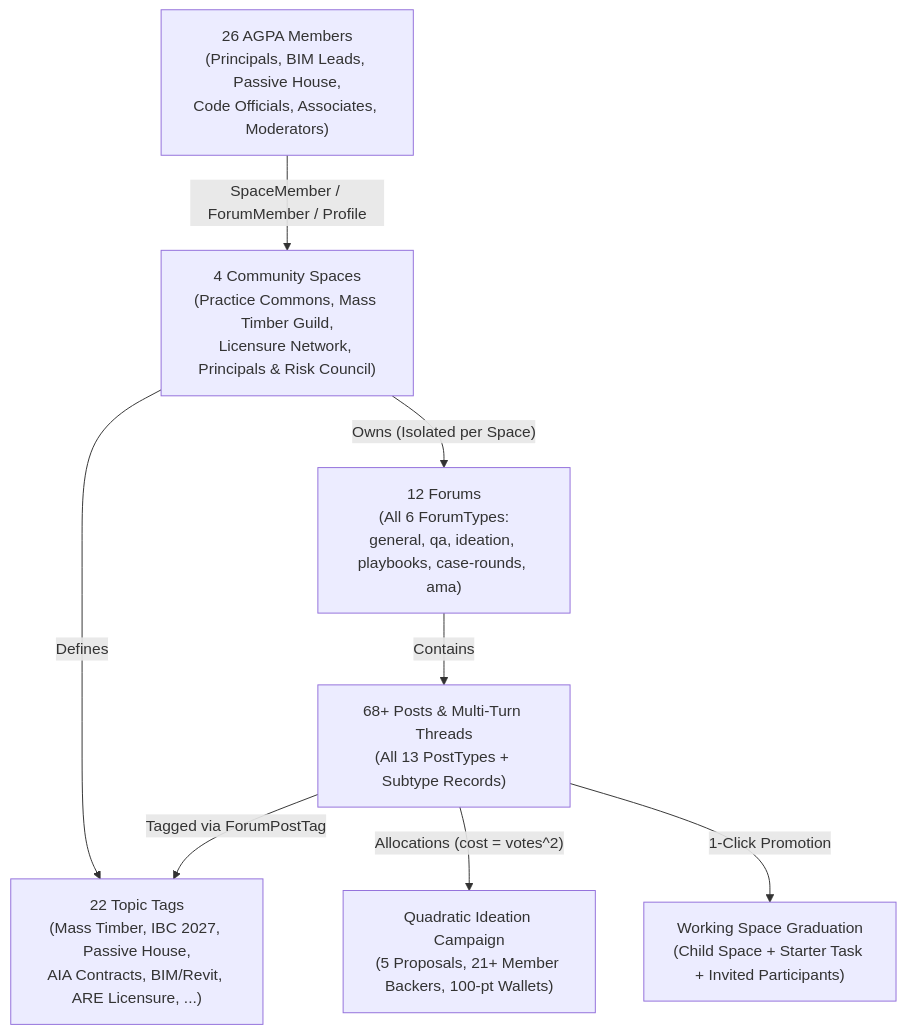
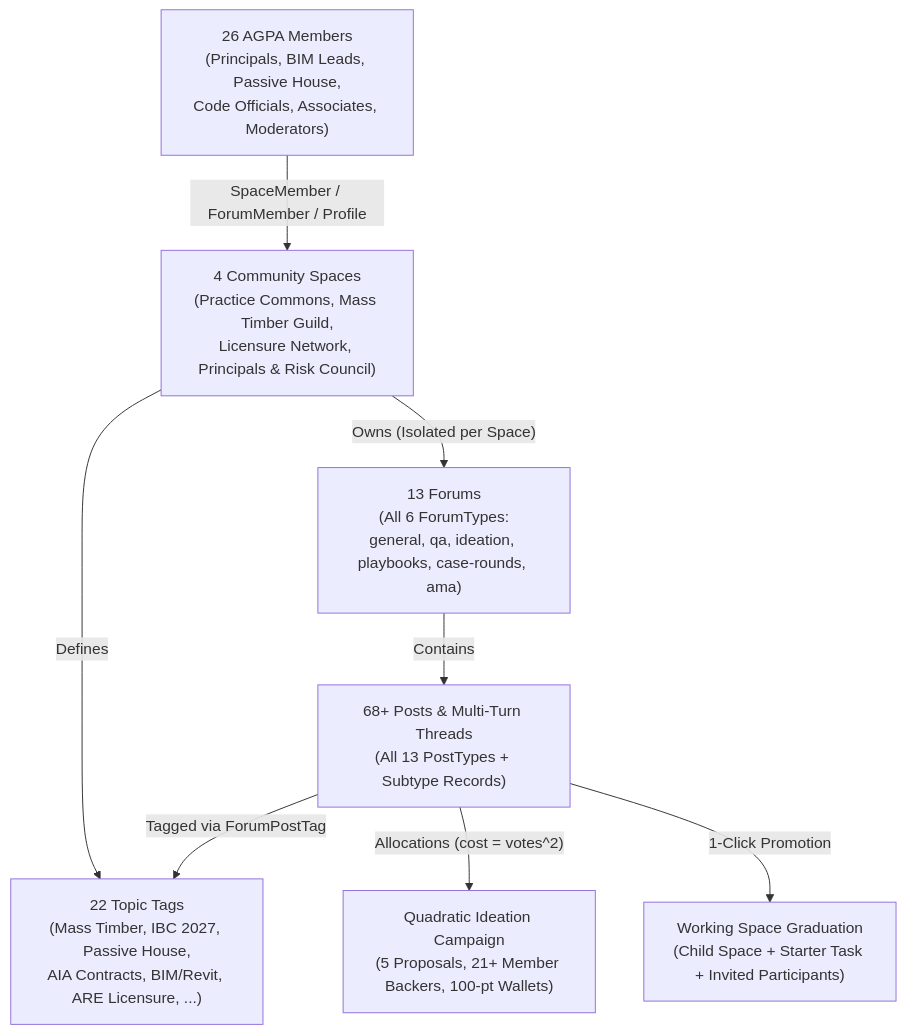
Before and after one commit to MemberJunction/bizapps-community: the diagram in scripts/world/README.md, drawn with Mermaid. The commit also changed other lines of this file and 5 other files, not shown here.

````diff
--- a/scripts/world/README.md
+++ b/scripts/world/README.md
@@ -13,18 +13,18 @@
 ```mermaid
 flowchart TB
     Users["26 AGPA Members<br/>(Principals, BIM Leads, Passive House,<br/>Code Officials, Associates, Moderators)"]
     Spaces["4 Community Spaces<br/>(Practice Commons, Mass Timber Guild,<br/>Licensure Network, Principals & Risk Council)"]
-    Forums["12 Forums<br/>(All 6 ForumTypes:<br/>general, qa, ideation, playbooks, case-rounds, ama)"]
+    Forums["13 Forums<br/>(All 6 ForumTypes:<br/>general, qa, ideation, playbooks, case-rounds, ama)"]
     Tags["22 Topic Tags<br/>(Mass Timber, IBC 2027, Passive House,<br/>AIA Contracts, BIM/Revit, ARE Licensure, ...)"]
     Posts["68+ Posts & Multi-Turn Threads<br/>(All 13 PostTypes + Subtype Records)"]
     Wallet["Quadratic Ideation Campaign<br/>(5 Proposals, 21+ Member Backers, 100-pt Wallets)"]
     Graduation["Working Space Graduation<br/>(Child Space + Starter Task + Invited Participants)"]
 
     Users -->|"SpaceMember / ForumMember / Profile"| Spaces
     Spaces -->|"Owns (Isolated per Space)"| Forums
     Spaces -->|"Defines"| Tags
     Forums -->|"Contains"| Posts
     Posts -->|"Tagged via ForumPostTag"| Tags
     Posts -->|"Allocations (cost = votes^2)"| Wallet
     Posts -->|"1-Click Promotion"| Graduation
 ```
````
